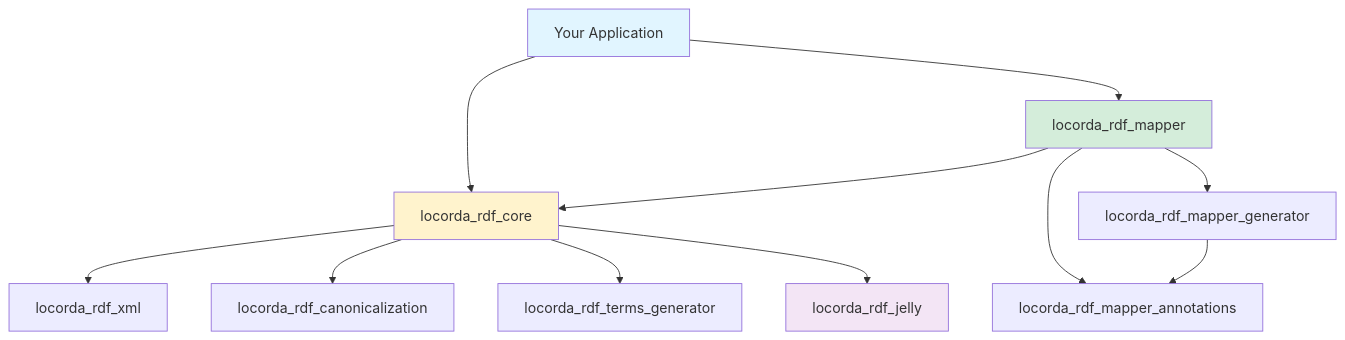
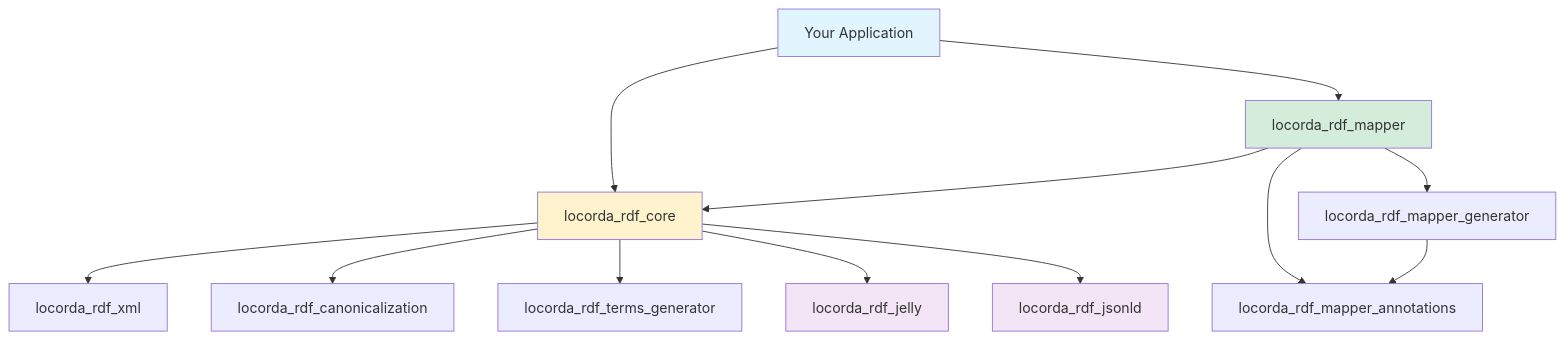
Before and after one commit to locorda/rdf: the diagram in README.md, drawn with Mermaid. The commit also changed other lines of this file and 130 other files, not shown here.

First line of the commit message:
refactor(jsonld)!: extract JSON-LD codec into locorda_rdf_jsonld package

````diff
--- a/README.md
+++ b/README.md
@@ -196,18 +199,20 @@
 ```mermaid
 graph TB
     A[Your Application] --> B[locorda_rdf_mapper]
     A --> C[locorda_rdf_core]
     B --> C
     B --> D[locorda_rdf_mapper_annotations]
     B --> E[locorda_rdf_mapper_generator]
     E --> D
     C --> F[locorda_rdf_xml]
     C --> G[locorda_rdf_canonicalization]
     C --> H[locorda_rdf_terms_generator]
     C --> I[locorda_rdf_jelly]
+    C --> J[locorda_rdf_jsonld]
     
     style A fill:#e1f5ff
     style C fill:#fff3cd
     style B fill:#d4edda
     style I fill:#f3e5f5
+    style J fill:#f3e5f5
 ```
````
